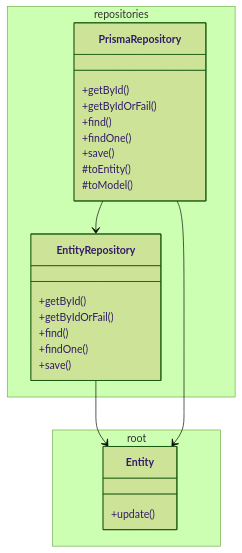
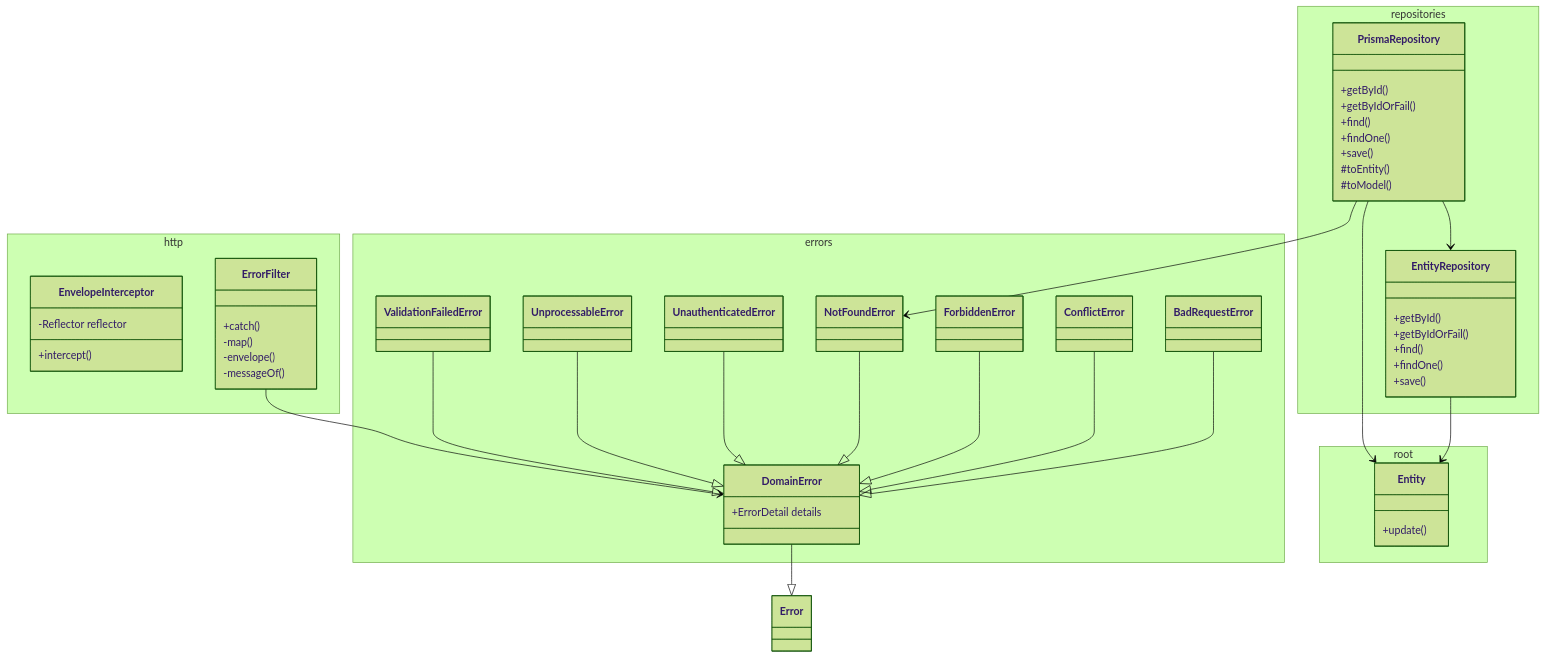
Before and after one commit to pslotinsky/decay-of-magic: the diagram in packages/core/README.md, drawn with Mermaid (forest theme). The commit also changed other lines of this file and 15 other files, not shown here.

````diff
--- a/packages/core/README.md
+++ b/packages/core/README.md
@@ -6,30 +6,64 @@
 ```mermaid
 classDiagram
+  namespace errors {
+    class BadRequestError
+    class ConflictError
+    class DomainError {
+      +ErrorDetail details
+    }
+    class ForbiddenError
+    class NotFoundError
+    class UnauthenticatedError
+    class UnprocessableError
+    class ValidationFailedError
+  }
+  namespace http {
+    class EnvelopeInterceptor {
+      -Reflector reflector
+      +intercept()
+    }
+    class ErrorFilter {
+      +catch()
+      -map()
+      -envelope()
+      -messageOf()
+    }
+  }
   namespace repositories {
     class EntityRepository {
       +getById()
       +getByIdOrFail()
       +find()
       +findOne()
       +save()
     }
     class PrismaRepository {
       +getById()
       +getByIdOrFail()
       +find()
       +findOne()
       +save()
       #toEntity()
       #toModel()
     }
   }
   namespace root {
     class Entity {
       +update()
     }
   }
 
+  BadRequestError --|> DomainError
+  ConflictError --|> DomainError
+  DomainError --|> Error
+  ForbiddenError --|> DomainError
+  NotFoundError --|> DomainError
+  UnauthenticatedError --|> DomainError
+  UnprocessableError --|> DomainError
+  ValidationFailedError --|> DomainError
+  ErrorFilter --> DomainError
   EntityRepository --> Entity
   PrismaRepository --> Entity
+  PrismaRepository --> NotFoundError
   PrismaRepository --> EntityRepository
 ```
````
